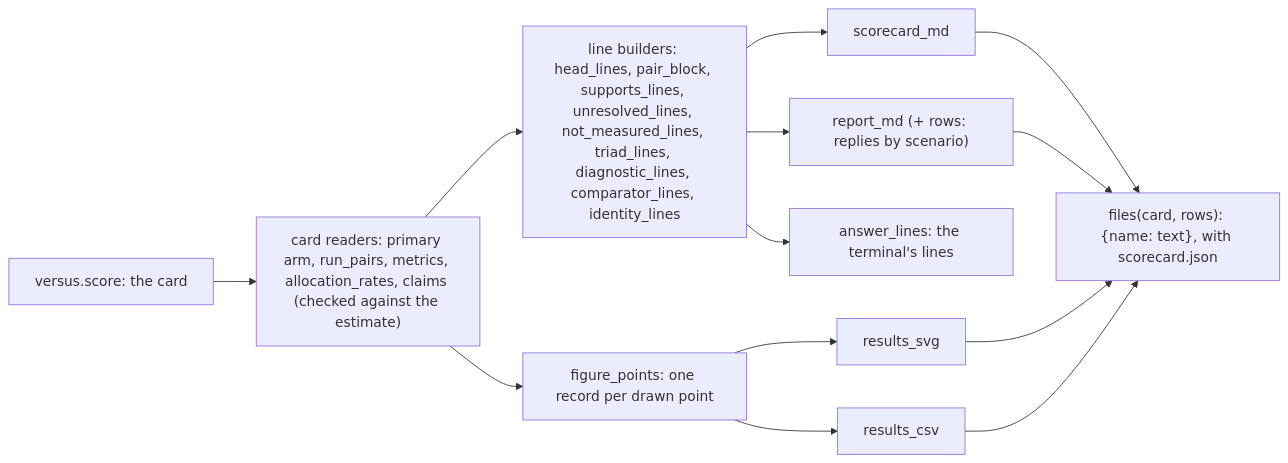
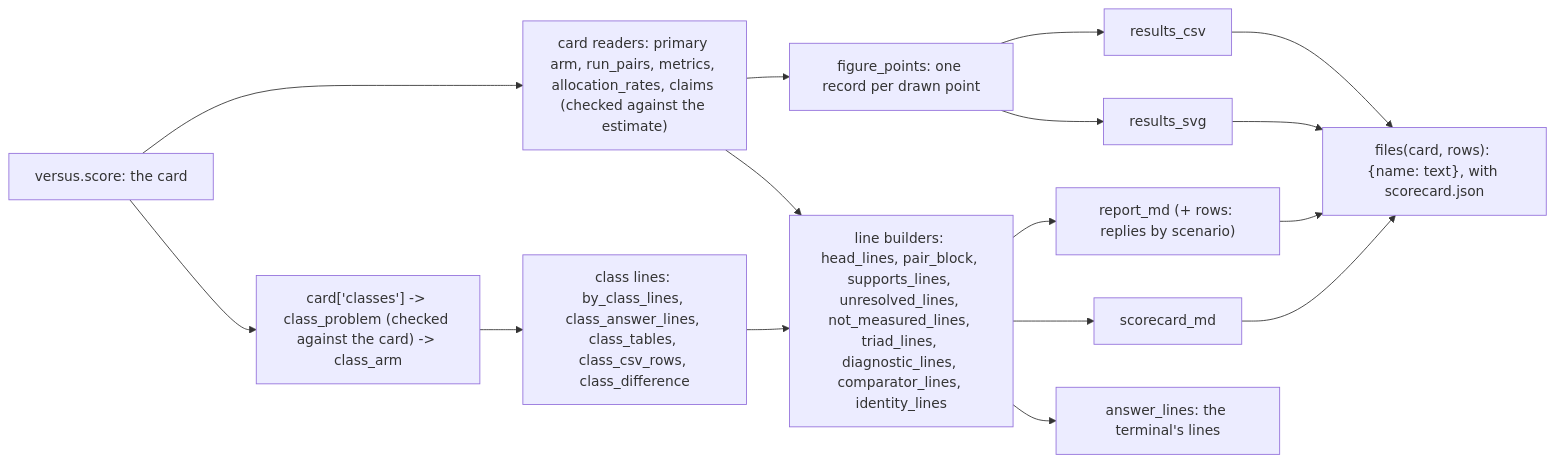
One commit to EphraiemSarabamoun/probatio changed the eighth of 9 diagrams in Human.md. Above: the diagram before and after it, drawn with Mermaid. The commit also changed other lines of this file and 79 other files, not shown here.

````diff
--- a/Human.md
+++ b/Human.md
@@ -388,12 +393,15 @@
 ```mermaid
 flowchart LR
   C["versus.score: the card"] --> RD["card readers: primary arm, run_pairs, metrics, allocation_rates, claims (checked against the estimate)"]
+  C --> CK["card['classes'] -> class_problem (checked against the card) -> class_arm"]
+  CK --> CL["class lines: by_class_lines, class_answer_lines, class_tables, class_csv_rows, class_difference"]
+  CL --> LB
   RD --> LB["line builders: head_lines, pair_block, supports_lines, unresolved_lines, not_measured_lines, triad_lines, diagnostic_lines, comparator_lines, identity_lines"]
   LB --> SC["scorecard_md"]
   LB --> RP["report_md (+ rows: replies by scenario)"]
   RD --> FP["figure_points: one record per drawn point"]
   FP --> SV["results_svg"]
   FP --> CV["results_csv"]
   SC & RP & SV & CV --> F["files(card, rows): {name: text}, with scorecard.json"]
   LB --> AL["answer_lines: the terminal's lines"]
 ```
````
